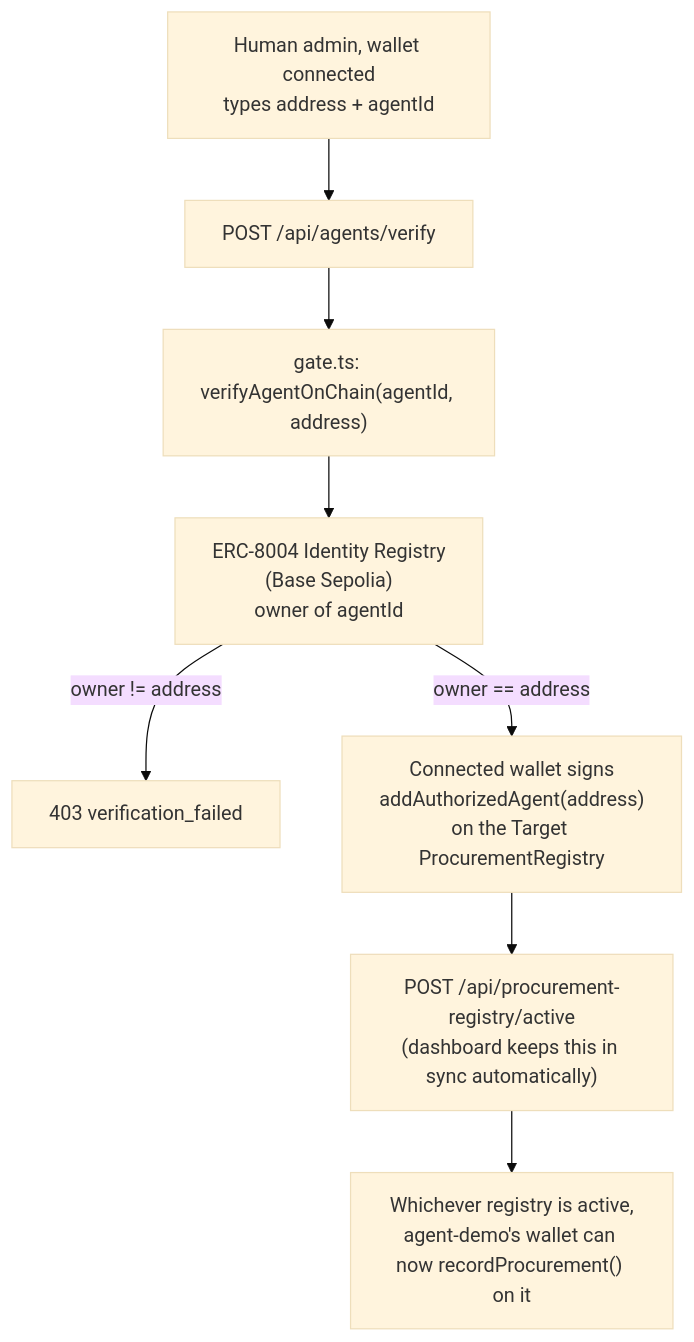
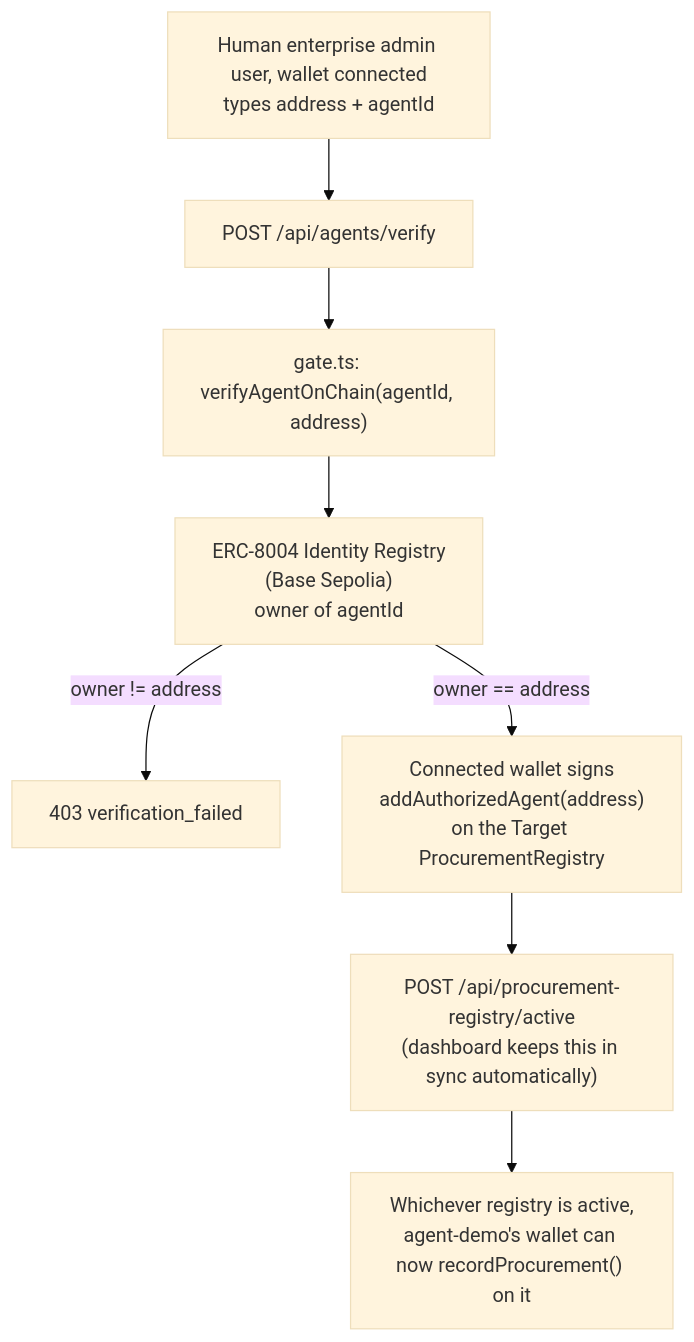
One commit to masaun/enterprise-procurement-agent-platform changed the fifth of 7 diagrams in agent-demo/README.md. Above: the diagram before and after it, drawn with Mermaid (base theme). The commit also changed other lines of this file and 3 other files, not shown here.

````diff
--- a/agent-demo/README.md
+++ b/agent-demo/README.md
@@ -327,10 +327,10 @@
 ```mermaid
 flowchart TB
-    Admin["Human admin, wallet connected\ntypes address + agentId"] --> Verify["POST /api/agents/verify"]
+    Admin["Human enterprise admin user, wallet connected\ntypes address + agentId"] --> Verify["POST /api/agents/verify"]
     Verify --> Gate["gate.ts: verifyAgentOnChain(agentId, address)"]
     Gate --> IdReg["ERC-8004 Identity Registry\n(Base Sepolia)\nowner of agentId"]
     IdReg -->|"owner != address"| Fail2["403 verification_failed"]
     IdReg -->|"owner == address"| Allow["Connected wallet signs\naddAuthorizedAgent(address)\non the Target ProcurementRegistry"]
     Allow --> Active["POST /api/procurement-registry/active\n(dashboard keeps this in sync automatically)"]
     Active --> Ready["Whichever registry is active,\nagent-demo's wallet can now recordProcurement() on it"]
 ```
````
